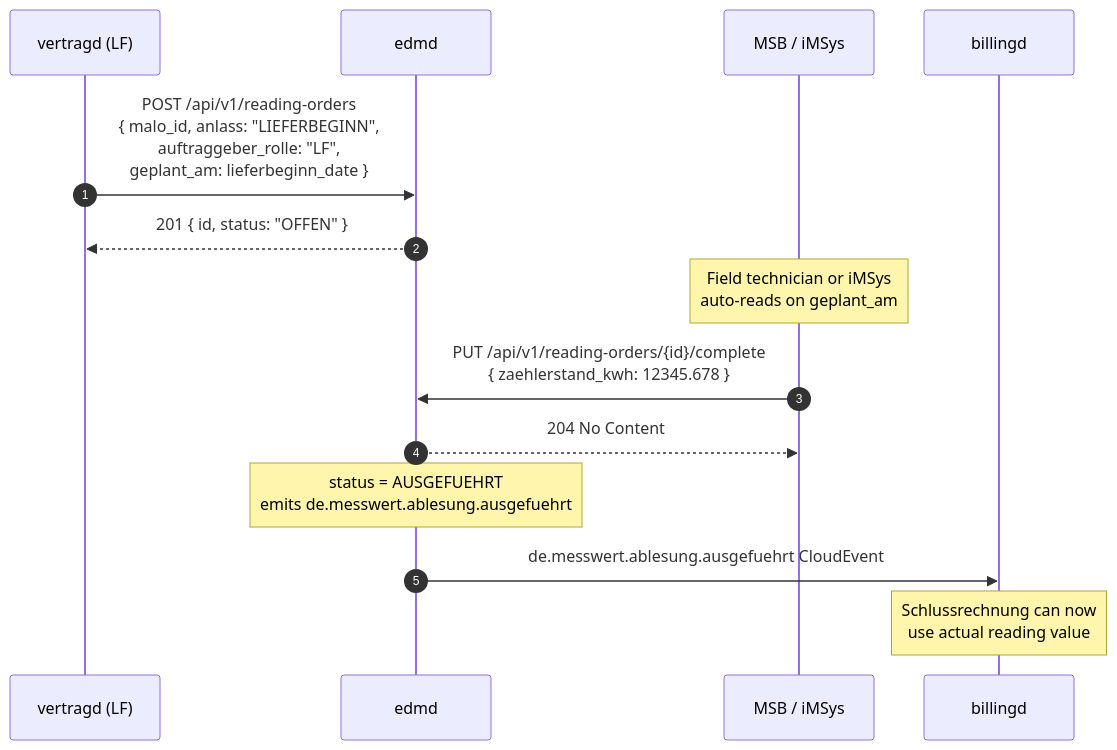
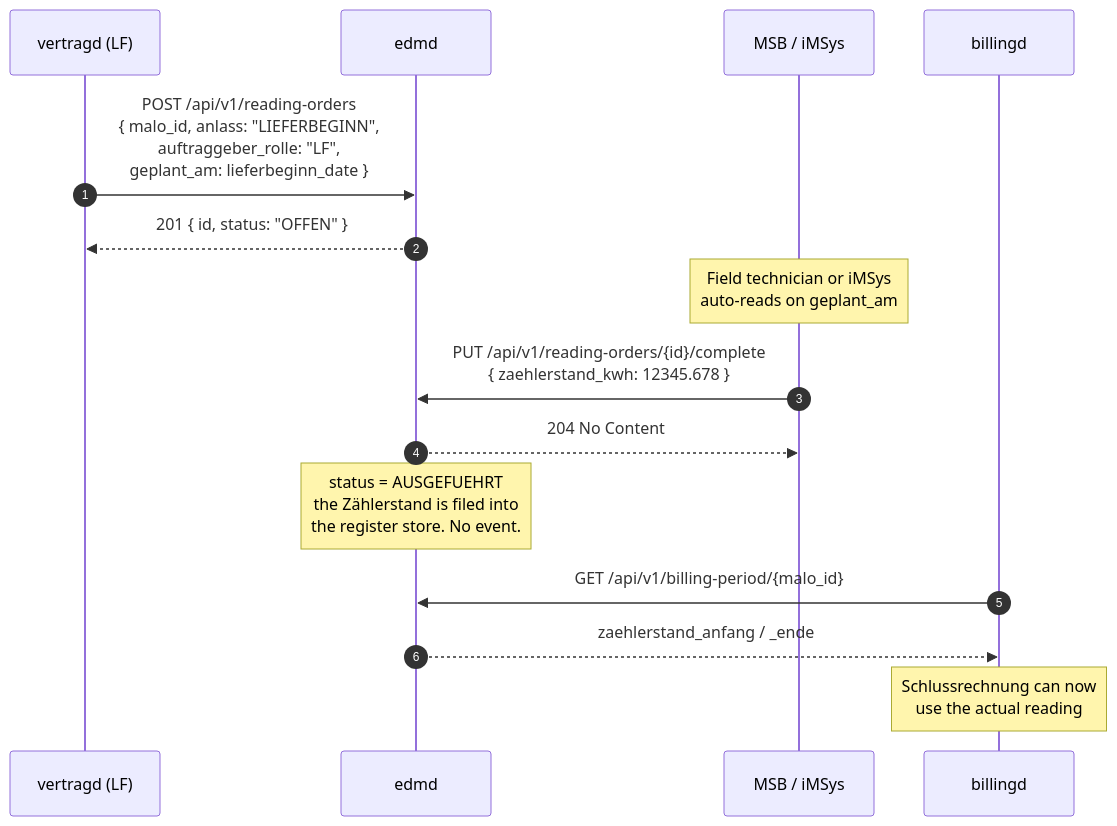
Before and after one commit to hupe1980/mako: the second of 4 diagrams in site/content/docs/services/edmd.md, drawn with Mermaid. The commit also changed other lines of this file and 490 other files, not shown here.

````diff
--- a/site/content/docs/services/edmd.md
+++ b/site/content/docs/services/edmd.md
@@ -2117,21 +2261,22 @@
 ```mermaid
 sequenceDiagram
     autonumber
     participant LF as vertragd (LF)
     participant edmd
     participant MSB as MSB / iMSys
     participant billingd
 
     LF->>edmd: POST /api/v1/reading-orders<br/>{ malo_id, anlass: "LIEFERBEGINN",<br/>  auftraggeber_rolle: "LF",<br/>  geplant_am: lieferbeginn_date }
     edmd-->>LF: 201 { id, status: "OFFEN" }
 
     Note over MSB: Field technician or iMSys<br/>auto-reads on geplant_am
 
     MSB->>edmd: PUT /api/v1/reading-orders/{id}/complete<br/>{ zaehlerstand_kwh: 12345.678 }
     edmd-->>MSB: 204 No Content
 
-    Note over edmd: status = AUSGEFUEHRT<br/>emits de.messwert.ablesung.ausgefuehrt
+    Note over edmd: status = AUSGEFUEHRT<br/>the Zählerstand is filed into<br/>the register store. No event.
 
-    edmd->>billingd: de.messwert.ablesung.ausgefuehrt CloudEvent
-    Note over billingd: Schlussrechnung can now<br/>use actual reading value
+    billingd->>edmd: GET /api/v1/billing-period/{malo_id}
+    edmd-->>billingd: zaehlerstand_anfang / _ende
+    Note over billingd: Schlussrechnung can now<br/>use the actual reading
 ```
````
